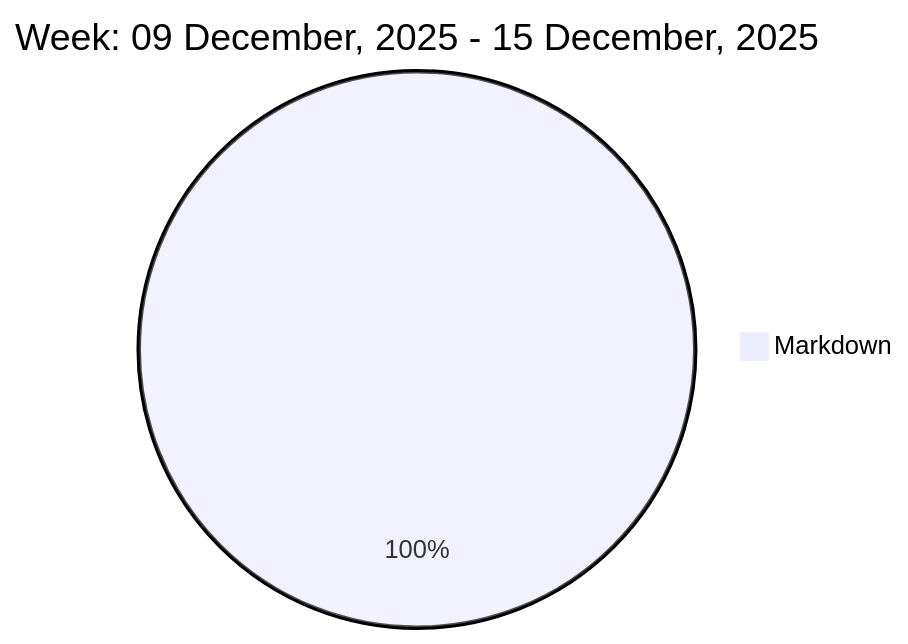
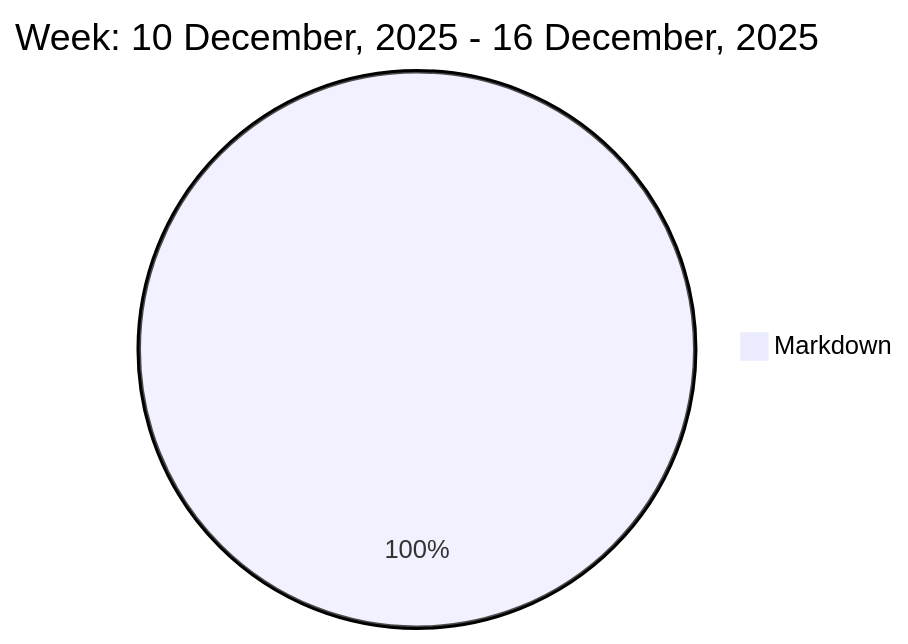
One commit to liubin95/liubin95 changed the diagram in README.md. Above: the diagram before and after it, drawn with Mermaid.

Commit message:
Updated the Graph with new Metrics

````diff
--- a/README.md
+++ b/README.md
@@ -37,5 +37,5 @@
 ```mermaid
  pie
-title Week: 09 December, 2025 - 15 December, 2025
+title Week: 10 December, 2025 - 16 December, 2025
  "Markdown" : 0.83
 ```
````
